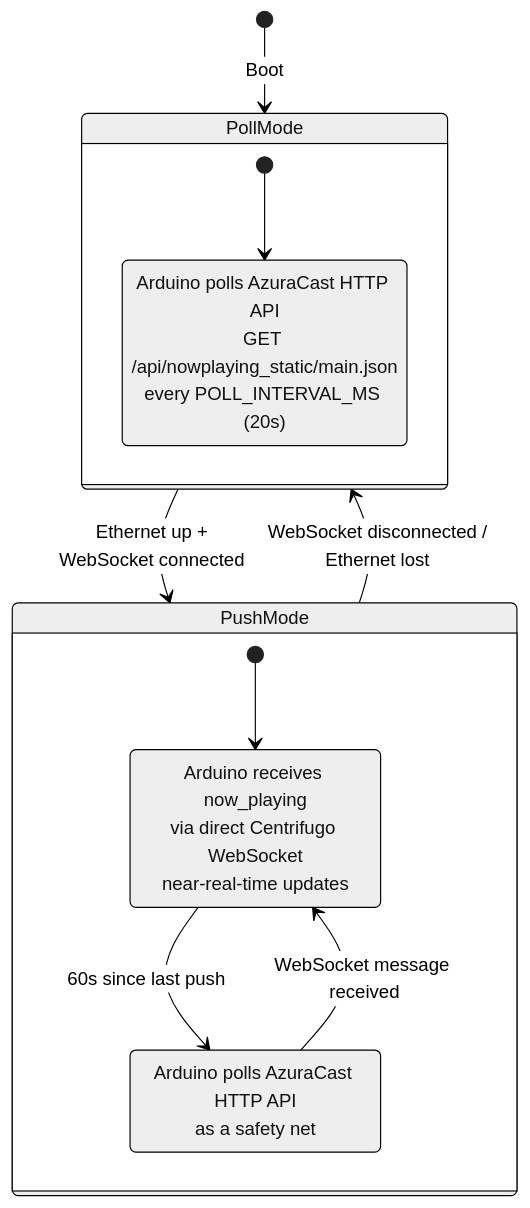
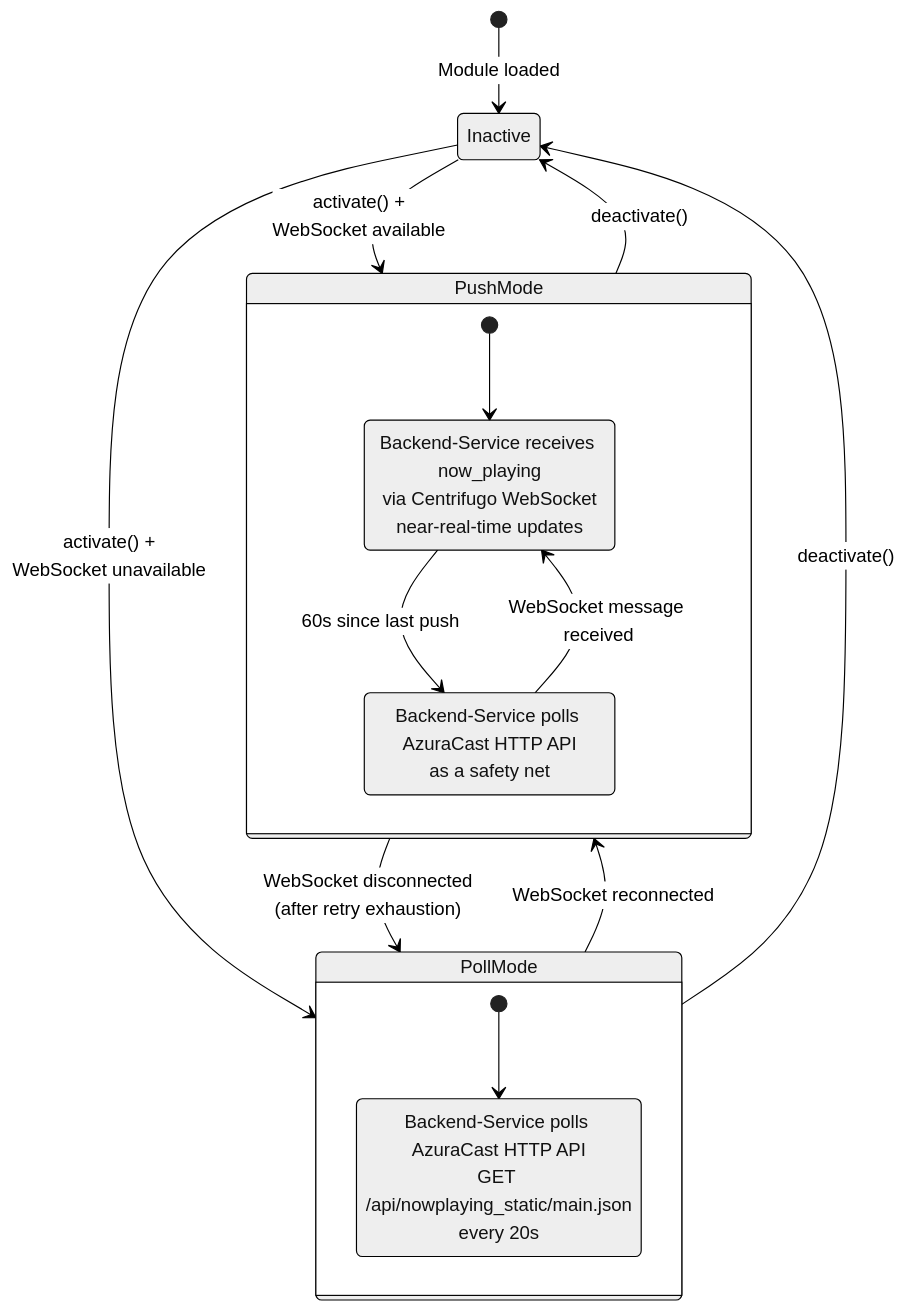
Before and after one commit to WXYC/auto-dj-arduino-switch: the sixth of 15 diagrams in docs/networking-spec.md, drawn with Mermaid (neutral theme). The commit also changed other lines of this file, not shown here.

First line of the commit message:
Revise networking-spec.md to reflect architecture pivot

````diff
--- a/docs/networking-spec.md
+++ b/docs/networking-spec.md
@@ -876,20 +490,25 @@
 ```mermaid
 stateDiagram-v2
-    [*] --> PollMode: Boot
+    [*] --> Inactive: Module loaded
+
+    Inactive --> PushMode: activate() +<br/>WebSocket available
+    Inactive --> PollMode: activate() +<br/>WebSocket unavailable
+
+    state PushMode {
+        [*] --> Listening
+        Listening: Backend-Service receives now_playing<br/>via Centrifugo WebSocket<br/>near-real-time updates
+        Listening --> SafetyPoll: 60s since last push
+        SafetyPoll: Backend-Service polls AzuraCast HTTP API<br/>as a safety net
+        SafetyPoll --> Listening: WebSocket message received
+    }
 
     state PollMode {
         [*] --> Polling
-        Polling: Arduino polls AzuraCast HTTP API<br>GET /api/nowplaying_static/main.json<br>every POLL_INTERVAL_MS (20s)
+        Polling: Backend-Service polls AzuraCast HTTP API<br/>GET /api/nowplaying_static/main.json<br/>every 20s
     }
 
-    state PushMode {
-        [*] --> Listening
-        Listening: Arduino receives now_playing<br>via direct Centrifugo WebSocket<br>near-real-time updates
-        Listening --> SafetyPoll: 60s since last push
-        SafetyPoll: Arduino polls AzuraCast HTTP API<br>as a safety net
-        SafetyPoll --> Listening: WebSocket message received
-    }
-
-    PollMode --> PushMode: Ethernet up +<br>WebSocket connected
-    PushMode --> PollMode: WebSocket disconnected /<br>Ethernet lost
+    PushMode --> PollMode: WebSocket disconnected<br/>(after retry exhaustion)
+    PollMode --> PushMode: WebSocket reconnected
+    PushMode --> Inactive: deactivate()
+    PollMode --> Inactive: deactivate()
 ```
````
